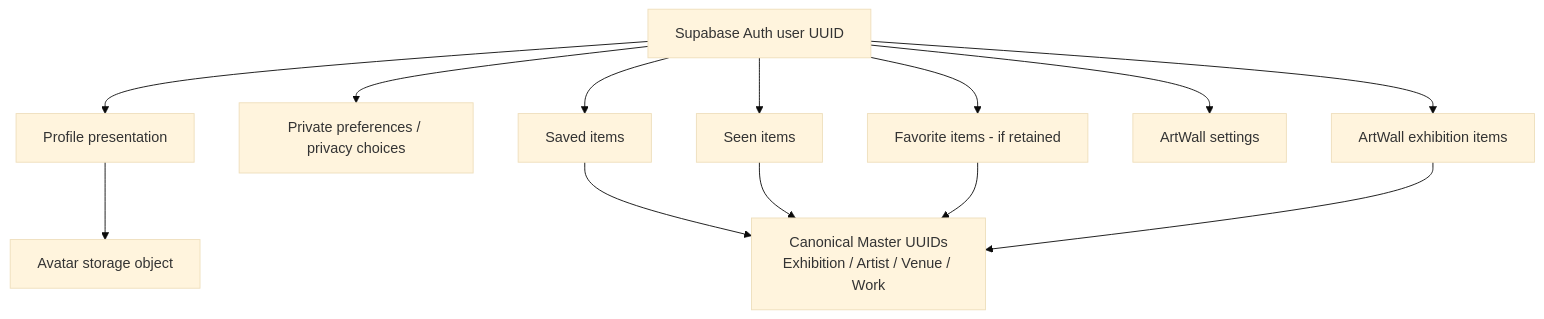
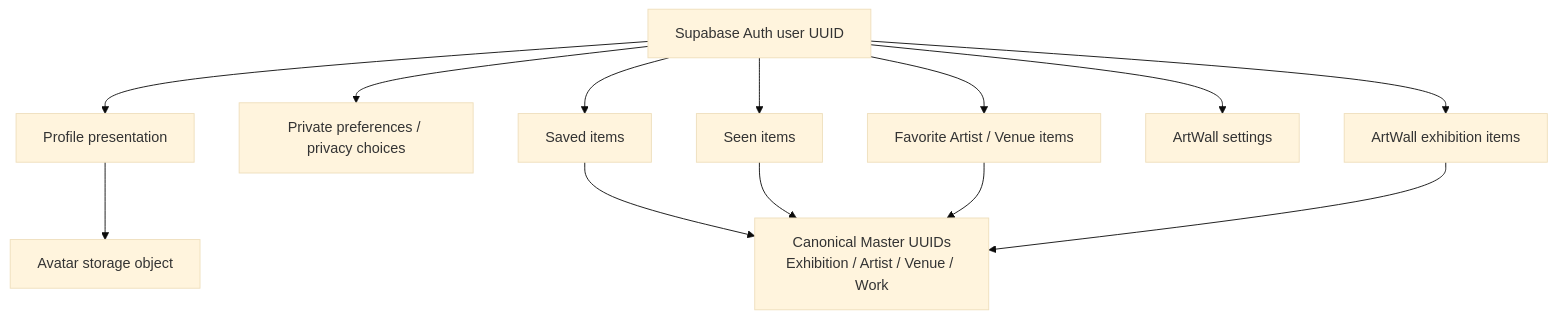
The diagram in docs/user-data-architecture.md (keianduu/muuzee), drawn with Mermaid (base theme) before and after one commit. The commit also changed other lines of this file and 2 other files, not shown here.

````diff
--- a/docs/user-data-architecture.md
+++ b/docs/user-data-architecture.md
@@ -45,26 +69,26 @@
 ```mermaid
 flowchart TD
   Auth["Supabase Auth user UUID"]
   Profile["Profile presentation"]
   Preferences["Private preferences / privacy choices"]
   Saved["Saved items"]
   Seen["Seen items"]
-  Favorite["Favorite items - if retained"]
+  Favorite["Favorite Artist / Venue items"]
   Settings["ArtWall settings"]
   Items["ArtWall exhibition items"]
   Avatar["Avatar storage object"]
   Master["Canonical Master UUIDs<br>Exhibition / Artist / Venue / Work"]
 
   Auth --> Profile
   Auth --> Preferences
   Auth --> Saved
   Auth --> Seen
   Auth --> Favorite
   Auth --> Settings
   Auth --> Items
   Profile --> Avatar
   Saved --> Master
   Seen --> Master
   Favorite --> Master
   Items --> Master
 ```
````
